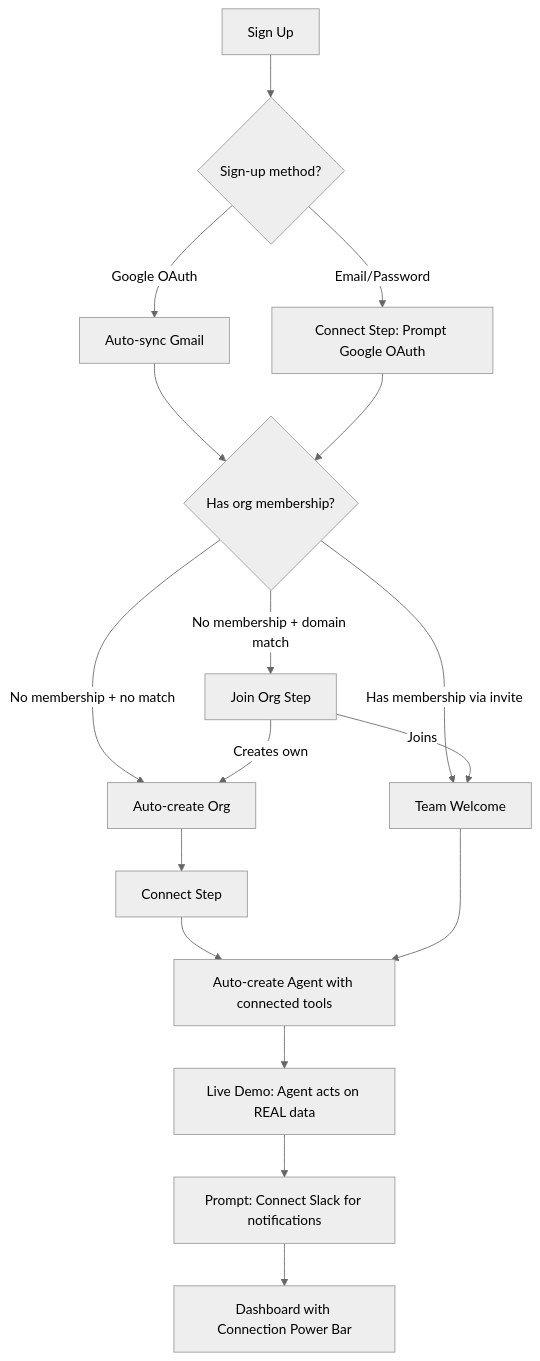
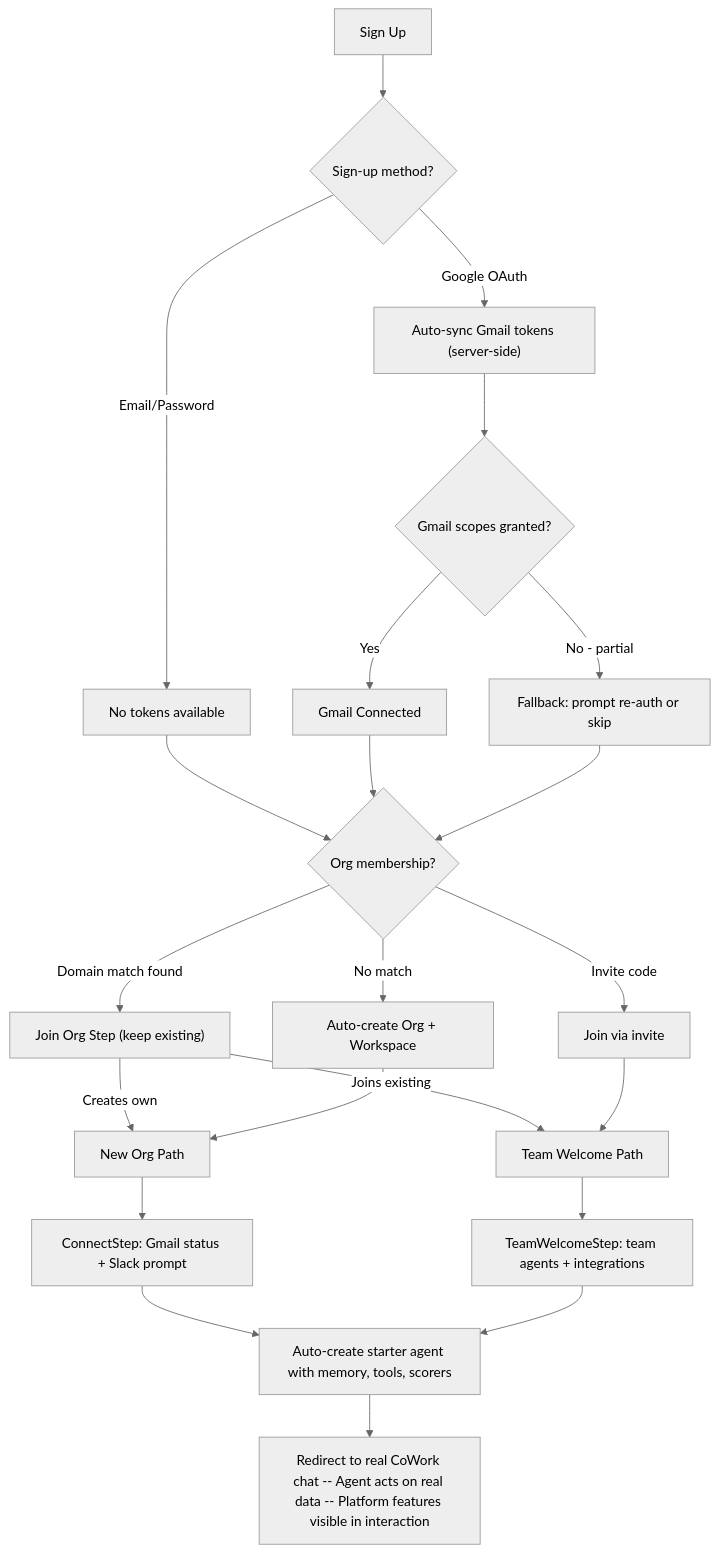
Before and after one commit to Appello-Prototypes/agentc2: the second of 2 diagrams in .cursor/plans/onboarding_optimization_plan_4e57cdb9.plan.md, drawn with Mermaid (neutral theme). The commit also changed other lines of this file and 3 other files, not shown here.

````diff
--- a/.cursor/plans/onboarding_optimization_plan_4e57cdb9.plan.md
+++ b/.cursor/plans/onboarding_optimization_plan_4e57cdb9.plan.md
@@ -192,26 +185,32 @@
 ```mermaid
 flowchart TD
     signup[Sign Up] --> method{Sign-up method?}
 
-    method -->|Google OAuth| googlePath[Auto-sync Gmail]
-    method -->|Email/Password| emailPath[Connect Step: Prompt Google OAuth]
+    method -->|Google OAuth| gmailSync["Auto-sync Gmail tokens (server-side)"]
+    method -->|Email/Password| noTokens[No tokens available]
 
-    googlePath --> orgCheck{Has org membership?}
-    emailPath --> orgCheck
+    gmailSync --> scopeCheck{Gmail scopes granted?}
+    scopeCheck -->|Yes| gmailReady[Gmail Connected]
+    scopeCheck -->|No - partial| scopeFallback["Fallback: prompt re-auth or skip"]
 
-    orgCheck -->|No membership + domain match| joinStep[Join Org Step]
-    orgCheck -->|No membership + no match| autoOrg[Auto-create Org]
-    orgCheck -->|Has membership via invite| teamWelcome[Team Welcome]
+    noTokens --> orgCheck{Org membership?}
+    gmailReady --> orgCheck
+    scopeFallback --> orgCheck
 
-    joinStep -->|Joins| teamWelcome
-    joinStep -->|Creates own| autoOrg
+    orgCheck -->|Domain match found| joinStep["Join Org Step (keep existing)"]
+    orgCheck -->|No match| autoOrg[Auto-create Org + Workspace]
+    orgCheck -->|Invite code| inviteJoin[Join via invite]
 
-    autoOrg --> connectStep[Connect Step]
+    joinStep -->|Joins existing| teamPath[Team Welcome Path]
+    joinStep -->|Creates own| newOrgPath[New Org Path]
+    autoOrg --> newOrgPath
+    inviteJoin --> teamPath
 
-    connectStep --> autoAgent[Auto-create Agent with connected tools]
-    teamWelcome --> autoAgent
+    newOrgPath --> connectStep["ConnectStep: Gmail status + Slack prompt"]
+    connectStep --> bootstrapAgent["Auto-create starter agent with memory, tools, scorers"]
 
-    autoAgent --> liveDemo[Live Demo: Agent acts on REAL data]
-    liveDemo --> slackPrompt[Prompt: Connect Slack for notifications]
-    slackPrompt --> dashboard[Dashboard with Connection Power Bar]
+    teamPath --> teamWelcome["TeamWelcomeStep: team agents + integrations"]
+    teamWelcome --> bootstrapAgent
+
+    bootstrapAgent --> cowork["Redirect to real CoWork chat -- Agent acts on real data -- Platform features visible in interaction"]
 ```
````
